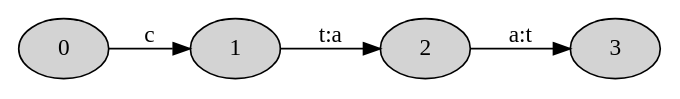
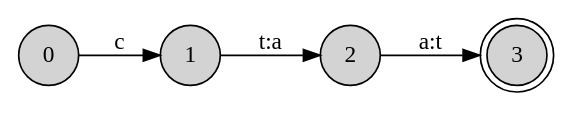
Before and after one commit to eaxelson/hfst-import-test5: the diagram in articles/fsmnlp-2012-spellers/cta2cat.dot, drawn with Graphviz. The commit also changed 13 other files, not shown here.

```diff
--- a/articles/fsmnlp-2012-spellers/cta2cat.dot
+++ b/articles/fsmnlp-2012-spellers/cta2cat.dot
@@ -1,11 +1,11 @@
 // This graph generated with hfst-fst2txt blah
 digraph H {
 rankdir = LR;
-node [style=filled] 0
+node [shape=doublecircle,style=filled] 3
+node [shape=circle,style=filled] 0
+node [shape=circle,style=filled] 1
+node [shape=circle,style=filled] 2
 0 -> 1 [label="c "];
-node [style=filled] 1
 1 -> 2 [label="t:a "];
-node [style=filled] 2
 2 -> 3 [label="a:t "];
-node [shape=doublecircle,style=filled] 3
 }
```
